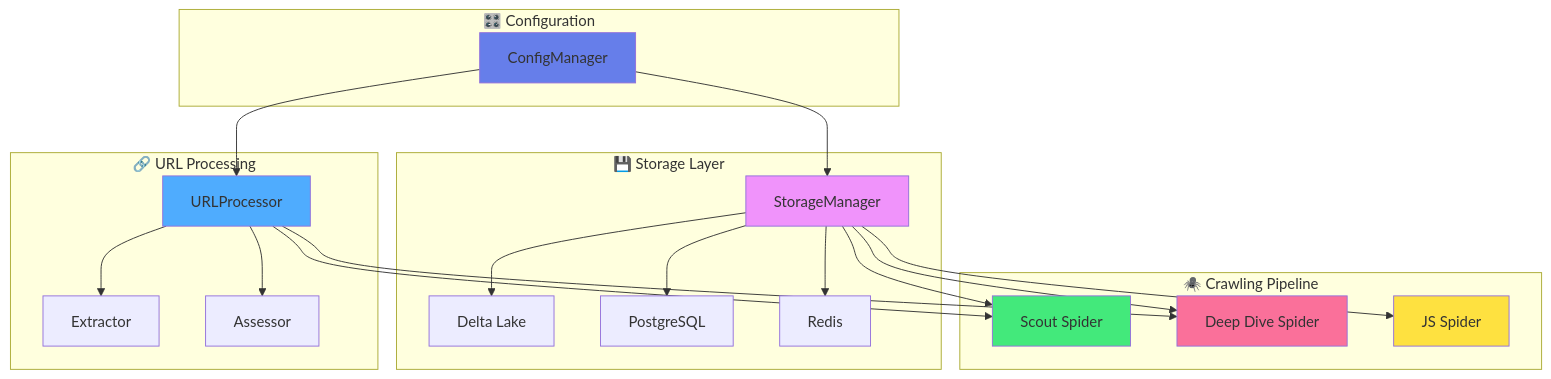
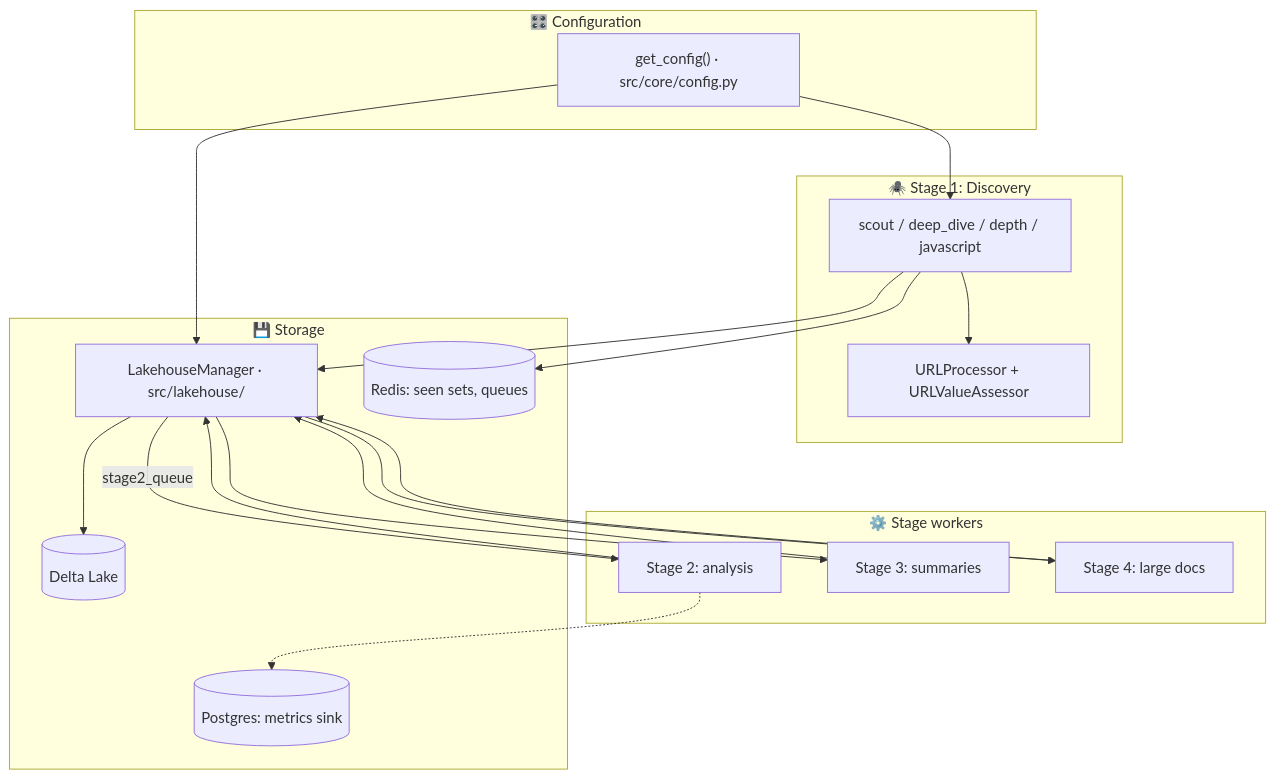
Before and after one commit to BenjaminSRussell/Scrapy: the second of 2 diagrams in README.md, drawn with Mermaid. The commit also changed other lines of this file and 9 other files, not shown here.

````diff
--- a/README.md
+++ b/README.md
@@ -127,45 +124,38 @@
 ```mermaid
 graph TB
     subgraph "🎛️ Configuration"
-        CM[ConfigManager]
+        CFG["get_config() · src/core/config.py"]
     end
 
-    subgraph "💾 Storage Layer"
-        SM[StorageManager]
-        DL[Delta Lake]
-        PG[PostgreSQL]
-        RD[Redis]
-        SM --> DL
-        SM --> PG
-        SM --> RD
+    subgraph "🕷️ Stage 1: Discovery"
+        S1["scout / deep_dive / depth / javascript"]
+        UP["URLProcessor + URLValueAssessor"]
+        S1 --> UP
     end
 
-    subgraph "🔗 URL Processing"
-        UP[URLProcessor]
-        EX[Extractor]
-        AS[Assessor]
-        UP --> EX
-        UP --> AS
+    subgraph "⚙️ Stage workers"
+        W2["Stage 2: analysis"]
+        W3["Stage 3: summaries"]
+        W4["Stage 4: large docs"]
     end
 
-    subgraph "🕷️ Crawling Pipeline"
-        S1[Scout Spider]
-        S2[Deep Dive Spider]
-        S3[JS Spider]
+    subgraph "💾 Storage"
+        LH["LakehouseManager · src/lakehouse/"]
+        DL[(Delta Lake)]
+        RD[(Redis: seen sets, queues)]
+        PG[(Postgres: metrics sink)]
+        LH --> DL
     end
 
-    CM --> SM
-    CM --> UP
-    SM --> S1
-    SM --> S2
-    SM --> S3
-    UP --> S1
-    UP --> S2
-
-    style CM fill:#667eea
-    style SM fill:#f093fb
-    style UP fill:#4facfe
-    style S1 fill:#43e97b
-    style S2 fill:#fa709a
-    style S3 fill:#fee140
+    CFG --> S1
+    CFG --> LH
+    S1 --> LH
+    S1 --> RD
+    LH -- stage2_queue --> W2
+    W2 --> LH
+    LH --> W3
+    LH --> W4
+    W3 --> LH
+    W4 --> LH
+    W2 -.-> PG
 ```
````
